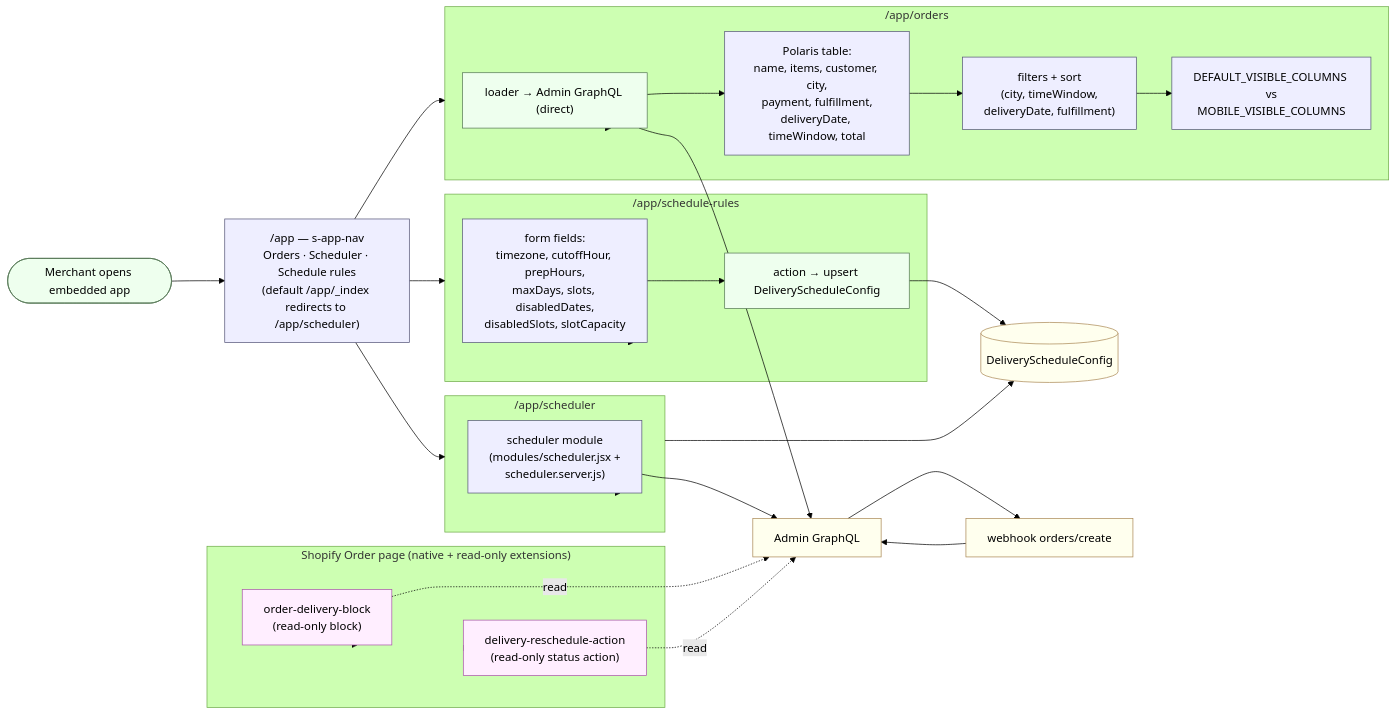
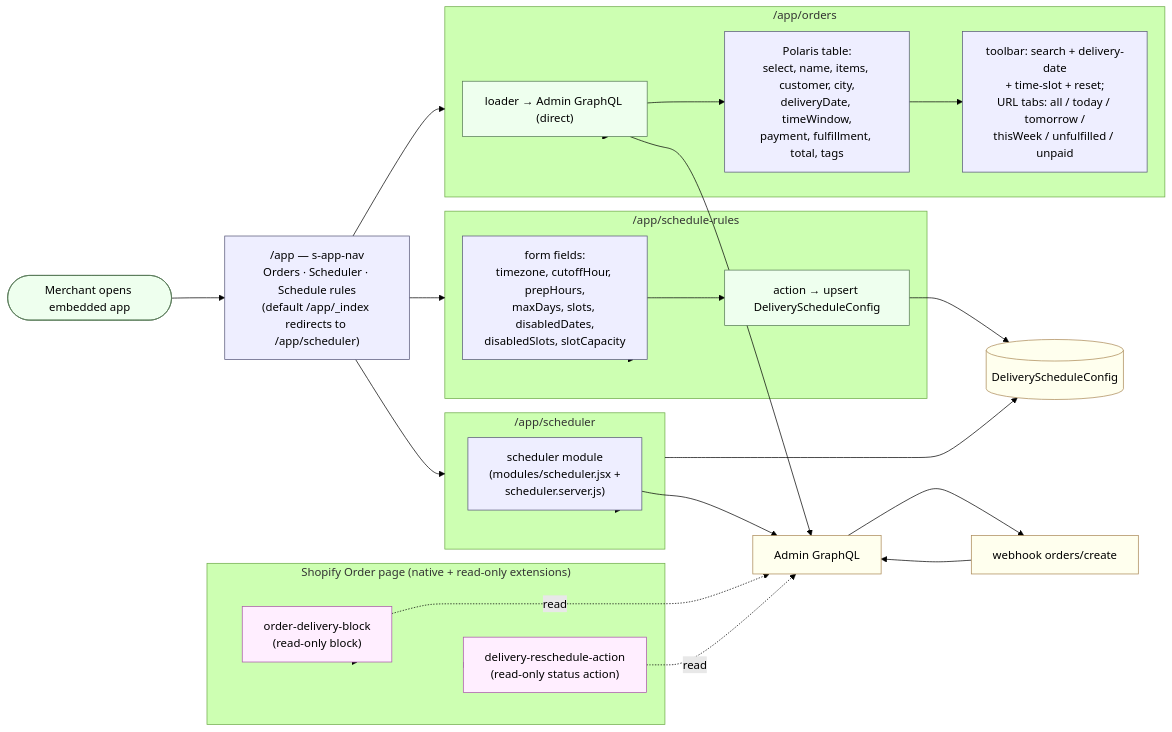
The second of 3 diagrams in docs/api.md (flwrdev/delivery-scheduler), drawn with Mermaid (forest theme) before and after one commit. The commit also changed other lines of this file and 3 other files, not shown here.

````diff
--- a/docs/api.md
+++ b/docs/api.md
@@ -209,54 +210,53 @@
 ```mermaid
 flowchart LR
     classDef screen fill:#eef,stroke:#557,color:#000
     classDef act fill:#efe,stroke:#575,color:#000
     classDef sys fill:#ffe,stroke:#a85,color:#000
     classDef rd fill:#fef,stroke:#a5a,color:#000
 
     START(["Merchant opens embedded app"]):::act
     APP["/app — s-app-nav<br/>Orders · Scheduler · Schedule rules<br/>(default /app/_index redirects to /app/scheduler)"]:::screen
 
     subgraph ORDERS["/app/orders"]
         O_LOAD["loader → Admin GraphQL (direct)"]:::act
-        O_LIST["Polaris table:<br/>name, items, customer, city,<br/>payment, fulfillment,<br/>deliveryDate, timeWindow, total"]:::screen
-        O_FILT["filters + sort<br/>(city, timeWindow,<br/>deliveryDate, fulfillment)"]:::screen
-        O_COLS["DEFAULT_VISIBLE_COLUMNS vs<br/>MOBILE_VISIBLE_COLUMNS"]:::screen
+        O_LIST["Polaris table:<br/>select, name, items, customer, city,<br/>deliveryDate, timeWindow,<br/>payment, fulfillment, total, tags"]:::screen
+        O_FILT["toolbar: search + delivery-date<br/>+ time-slot + reset;<br/>URL tabs: all / today / tomorrow /<br/>thisWeek / unfulfilled / unpaid"]:::screen
     end
 
     subgraph SCHED["/app/scheduler"]
         S_VIEW["scheduler module<br/>(modules/scheduler.jsx +<br/>scheduler.server.js)"]:::screen
     end
 
     subgraph RULES["/app/schedule-rules"]
         R_FORM["form fields:<br/>timezone, cutoffHour, prepHours,<br/>maxDays, slots, disabledDates,<br/>disabledSlots, slotCapacity"]:::screen
         R_SAVE["action → upsert DeliveryScheduleConfig"]:::act
     end
 
     subgraph ORDER_PAGE["Shopify Order page (native + read-only extensions)"]
         ADB2["order-delivery-block<br/>(read-only block)"]:::rd
         ARA2["delivery-reschedule-action<br/>(read-only status action)"]:::rd
     end
 
     DB[("DeliveryScheduleConfig")]:::sys
     SAPI["Admin GraphQL"]:::sys
     WHN["webhook orders/create"]:::sys
 
     START --> APP
     APP --> ORDERS
     APP --> SCHED
     APP --> RULES
 
-    ORDERS --> O_LOAD --> O_LIST --> O_FILT --> O_COLS
+    ORDERS --> O_LOAD --> O_LIST --> O_FILT
     O_LOAD --> SAPI
 
     SCHED --> S_VIEW --> SAPI
     SCHED --> DB
 
     RULES --> R_FORM --> R_SAVE --> DB
 
     ORDER_PAGE --> ADB2 -. read .-> SAPI
     ORDER_PAGE --> ARA2 -. read .-> SAPI
 
     SAPI --> WHN
     WHN --> SAPI
 ```
````
